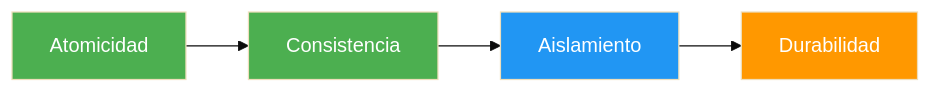
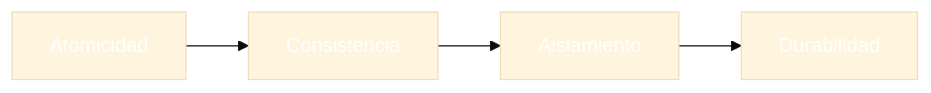
The second of 8 diagrams in 15-transacciones-identificadores.md (joseluisgs/DesarrolloWebEntornosServidor-02-2026-2027), drawn with Mermaid (base theme) before and after one commit. The commit also changed other lines of this file and 41 other files, not shown here.

````diff
--- a/15-transacciones-identificadores.md
+++ b/15-transacciones-identificadores.md
@@ -78,10 +78,10 @@
 ```mermaid
 flowchart LR
     A["Atomicidad"] --> C["Consistencia"]
     C --> I["Aislamiento"]
     I --> D["Durabilidad"]
-    style A fill:#4CAF50,color:#fff
-    style C fill:#4CAF50,color:#fff
-    style I fill:#2196F3,color:#fff
-    style D fill:#FF9800,color:#fff
+    style A fill:#4CAF5,color:#fff0,color:#fff
+    style C fill:#4CAF5,color:#fff0,color:#fff
+    style I fill:#2196F,color:#fff3,color:#fff
+    style D fill:#FF980,color:#fff0,color:#fff
 ```
````
